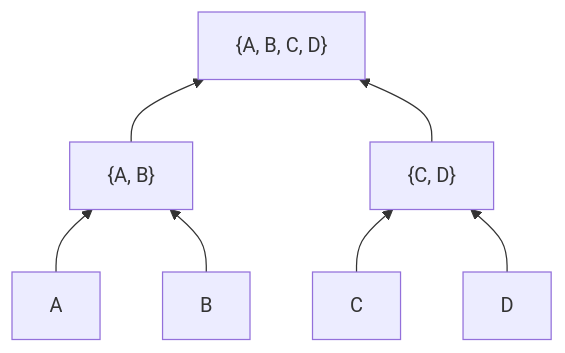
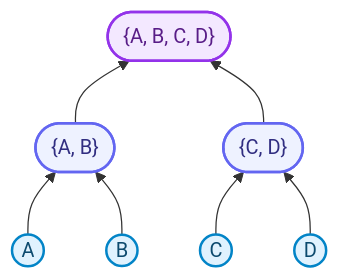
Before and after one commit to Bootcamp-IA-MAD-P7/Tarea5-Modulo2-Miguel: the fourth of 10 diagrams in README.md, drawn with Mermaid. The commit also changed other lines of this file and 1 other file, not shown here.

Commit message:
docs: modernizar diagramas y retirar portada

````diff
--- a/README.md
+++ b/README.md
@@ -225,9 +237,15 @@
 ```mermaid
 flowchart BT
-    A["A"] --> AB["{A, B}"]
-    B["B"] --> AB
-    C["C"] --> CD["{C, D}"]
-    D["D"] --> CD
-    AB --> ALL["{A, B, C, D}"]
+    A(("A")) --> AB(["{A, B}"])
+    B(("B")) --> AB
+    C(("C")) --> CD(["{C, D}"])
+    D(("D")) --> CD
+    AB --> ALL(["{A, B, C, D}"])
     CD --> ALL
+    classDef leaf fill:#E0F2FE,stroke:#0284C7,color:#0C4A6E,stroke-width:2px;
+    classDef branch fill:#EEF2FF,stroke:#6366F1,color:#312E81,stroke-width:2px;
+    classDef root fill:#F3E8FF,stroke:#9333EA,color:#581C87,stroke-width:2px;
+    class A,B,C,D leaf;
+    class AB,CD branch;
+    class ALL root;
 ```
````
